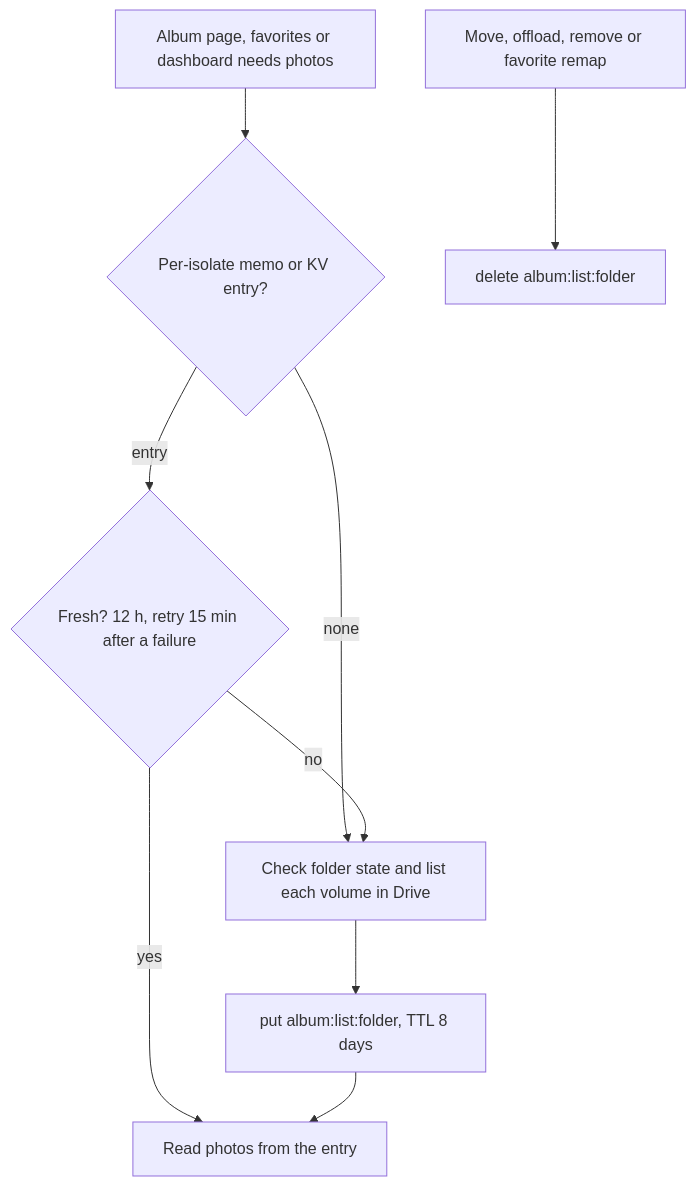
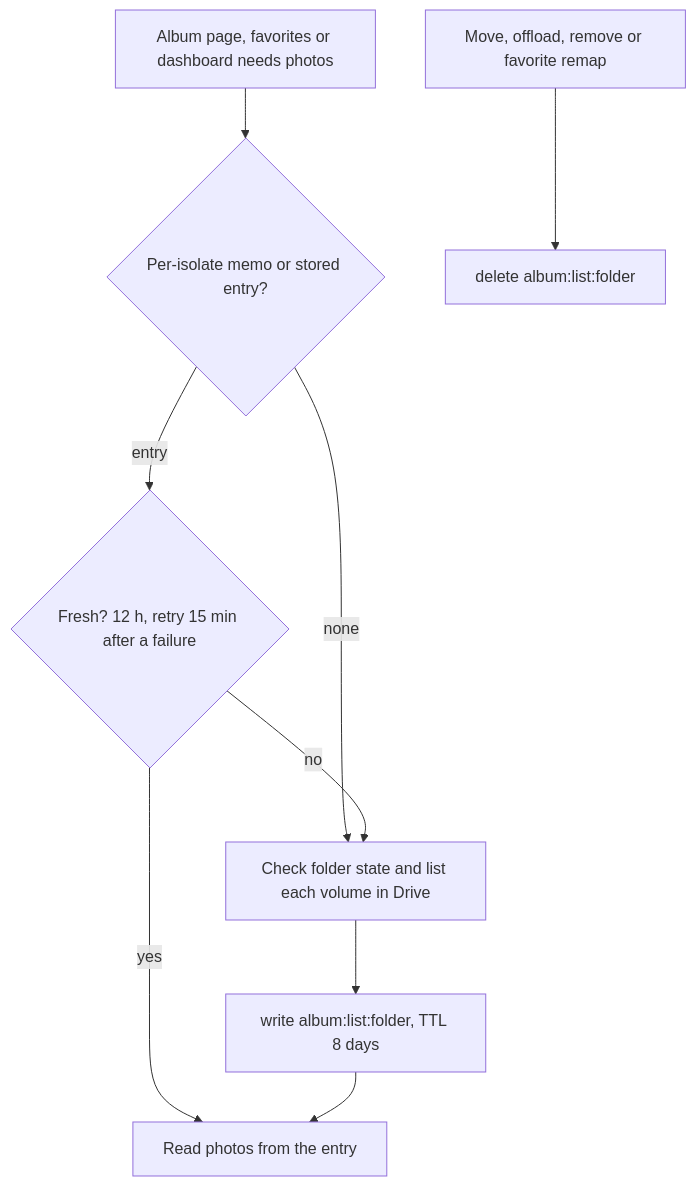
Before and after one commit to sagyzdop/meriksirat: the diagram in docs/scenarios/kv/album-listing.md, drawn with Mermaid. The commit also changed other lines of this file and 32 other files, not shown here.

````diff
--- a/docs/scenarios/kv/album-listing.md
+++ b/docs/scenarios/kv/album-listing.md
@@ -7,11 +7,11 @@
 ```mermaid
 flowchart TD
-    A[Album page, favorites or dashboard needs photos] --> B{Per-isolate memo or KV entry?}
+    A[Album page, favorites or dashboard needs photos] --> B{Per-isolate memo or stored entry?}
     B -- none --> D[Check folder state and list each volume in Drive]
     B -- entry --> C{Fresh? 12 h, retry 15 min after a failure}
     C -- yes --> R[Read photos from the entry]
     C -- no --> D
-    D --> E[put album:list:folder, TTL 8 days]
+    D --> E[write album:list:folder, TTL 8 days]
     E --> R
     X[Move, offload, remove or favorite remap] --> Y[delete album:list:folder]
 ```
````
